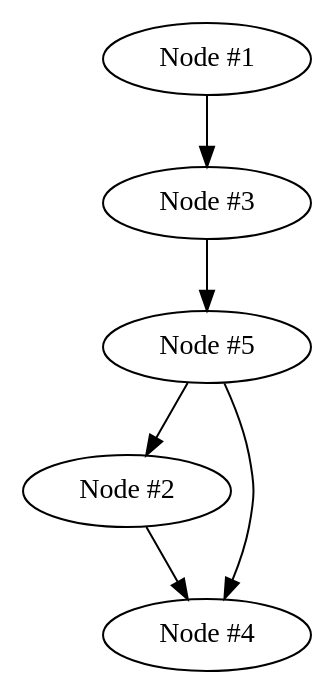
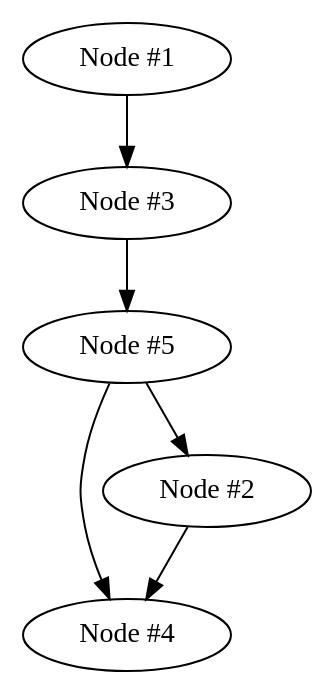
One commit to lucasaxm/graph_ruby changed the diagram in test.dot. Above: the diagram before and after it, drawn with Graphviz. The commit also changed 6 other files, not shown here.

```diff
--- a/test.dot
+++ b/test.dot
@@ -1,7 +1,8 @@
 digraph prova{
+	"Node #4" [LUCAS=1];
 	"Node #1" -> "Node #3";
 	"Node #3" -> "Node #5";
 	"Node #5" -> "Node #2";
 	"Node #5" -> "Node #4";
 	"Node #2" -> "Node #4";
 }
```
